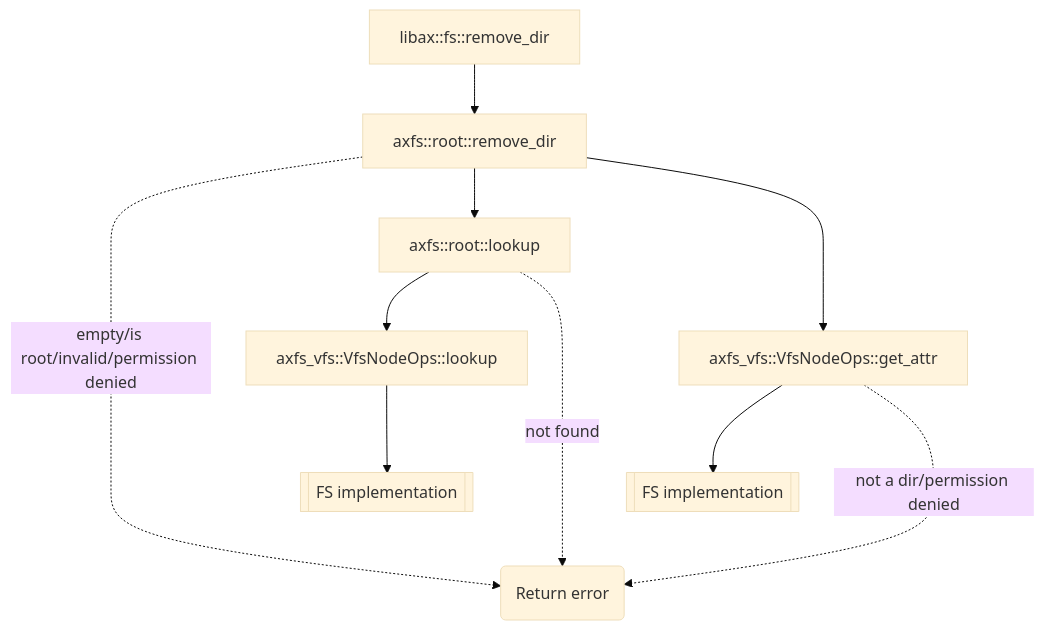
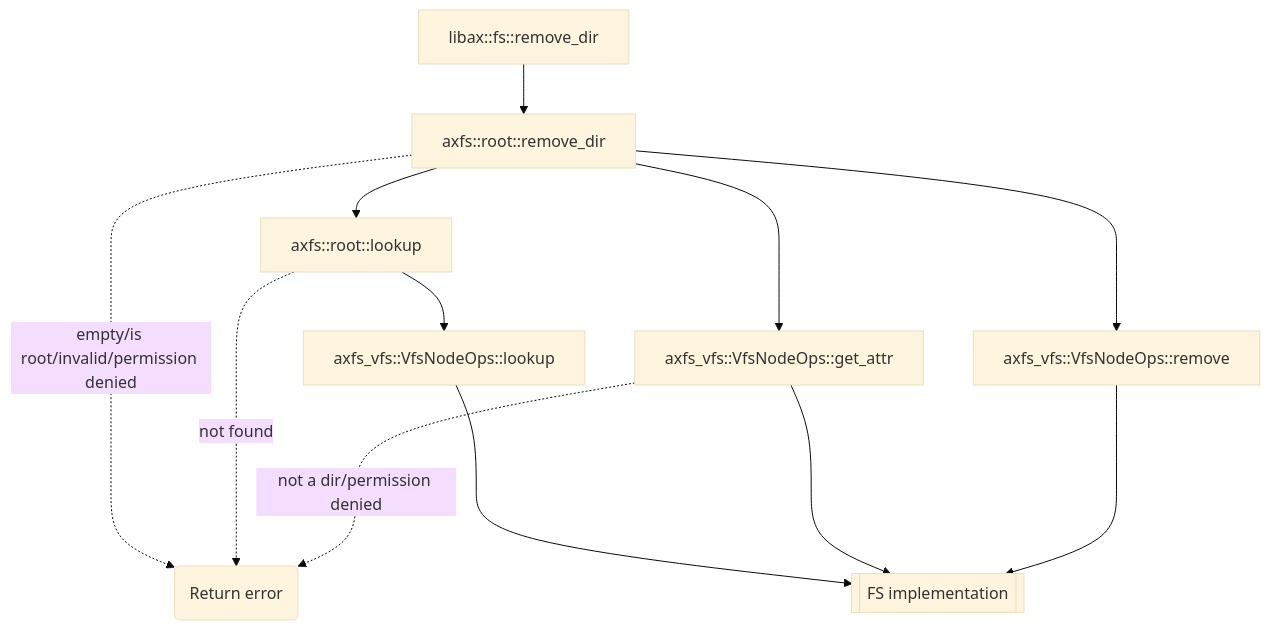
One commit to Starry-OS/Starry changed the seventh of 8 diagrams in apps_fs_shell.md. Above: the diagram before and after it, drawn with Mermaid (base theme). The commit also changed other lines of this file, not shown here.

Commit message:
Add missing function calls in shell docs

````diff
--- a/apps_fs_shell.md
+++ b/apps_fs_shell.md
@@ -281,12 +281,15 @@
 ```mermaid
 graph TD
 	lib_rmdir[libax::fs::remove_dir] --> root_rmdir[axfs::root::remove_dir]
 
   root_rmdir -.-> |empty/is root/invalid/permission denied| ret_err(Return error)
 
-  root_rmdir --> lookup[axfs::root::lookup] --> vfs_lookup["axfs_vfs::VfsNodeOps::lookup"]
-  	--> fs_impl1[[FS implementation]]
+  root_rmdir --> lookup[axfs::root::lookup] --> vfs_lookup["axfs_vfs::VfsNodeOps::lookup"] ---> fs_impl[[FS implementation]]
   lookup -...-> |not found| ret_err
-  root_rmdir --> meta[axfs_vfs::VfsNodeOps::get_attr] --> fs_impl2[[FS implementation]]
+
+  root_rmdir --> meta[axfs_vfs::VfsNodeOps::get_attr] --> fs_impl
   meta -..-> |not a dir/permission denied| ret_err
+
+  root_rmdir --> remove_[axfs_vfs::VfsNodeOps::remove] ---> fs_impl
+
 ```
````
